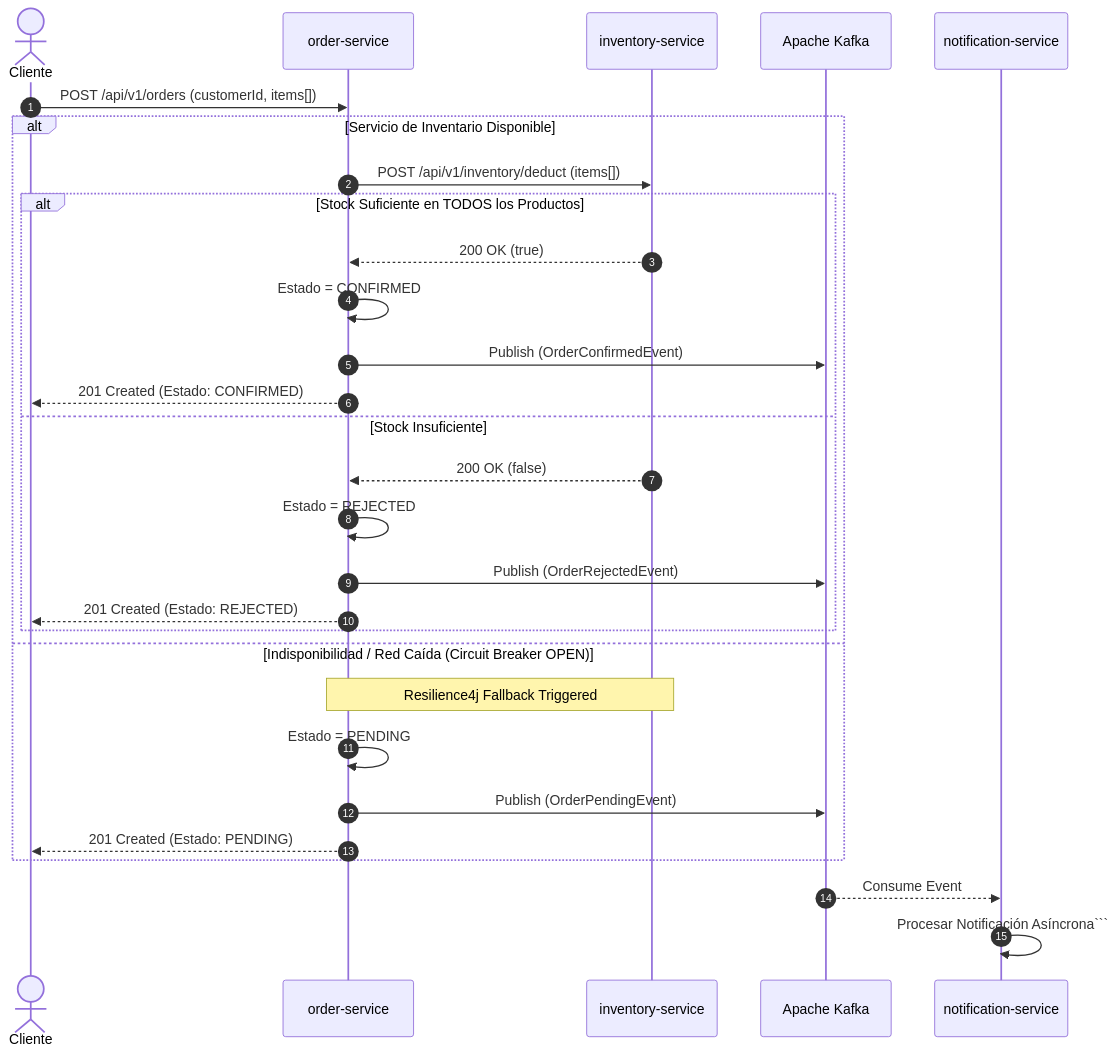
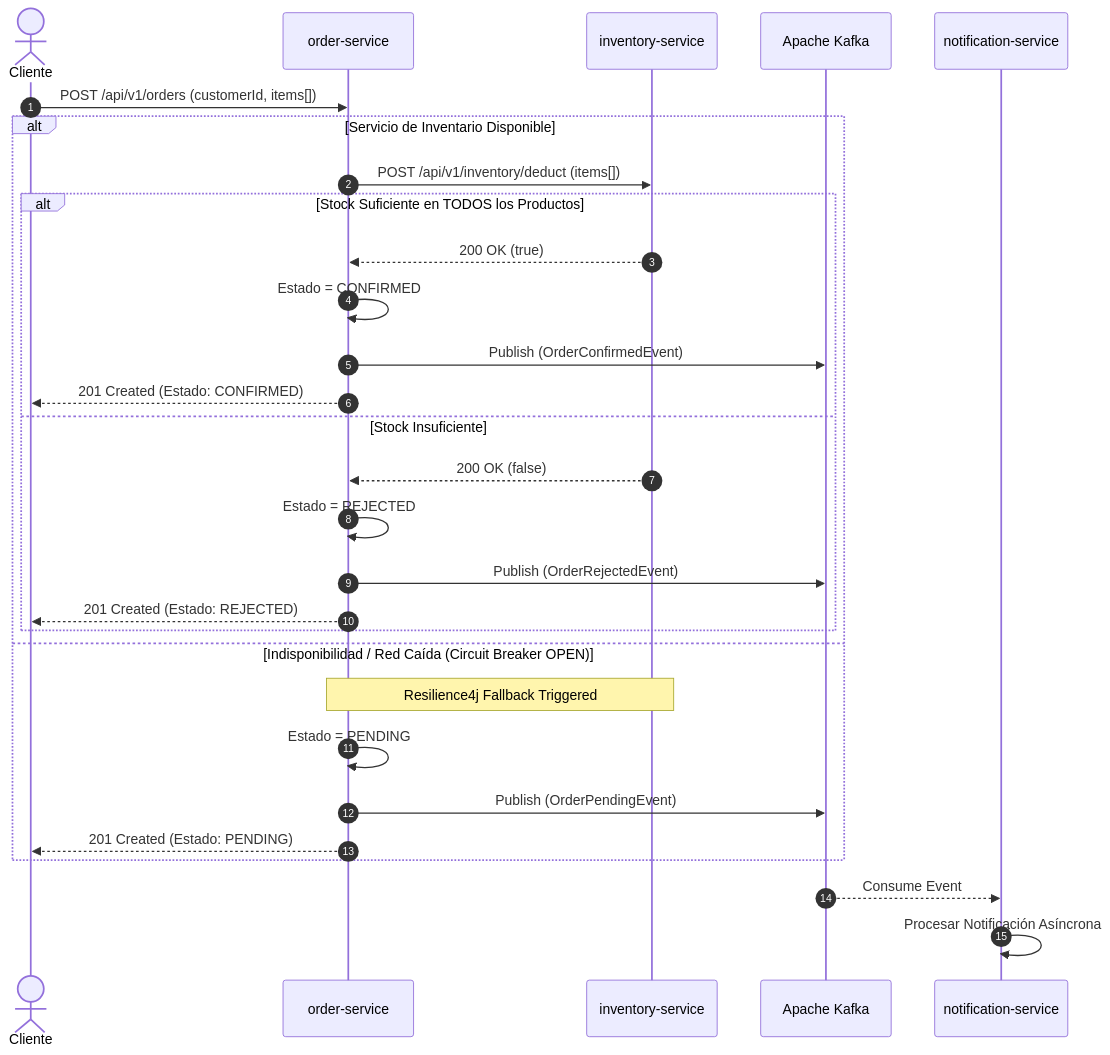
One commit to soniaGarcia/orderinvent-platform changed the second of 4 diagrams in docs/architecture.md. Above: the diagram before and after it, drawn with Mermaid. The commit also changed other lines of this file and 2 other files, not shown here.

````diff
--- a/docs/architecture.md
+++ b/docs/architecture.md
@@ -51,34 +51,34 @@
 ```mermaid
 sequenceDiagram
     autonumber
     actor Cliente
     participant Order as order-service
     participant Inv as inventory-service
     participant Kafka as Apache Kafka
     participant Notif as notification-service
 
     Cliente->>Order: POST /api/v1/orders (customerId, items[])
     
     alt Servicio de Inventario Disponible
         Order->>Inv: POST /api/v1/inventory/deduct (items[])
         alt Stock Suficiente en TODOS los Productos
             Inv-->>Order: 200 OK (true)
             Order->>Order: Estado = CONFIRMED
             Order->>Kafka: Publish (OrderConfirmedEvent)
             Order-->>Cliente: 201 Created (Estado: CONFIRMED)
         else Stock Insuficiente
             Inv-->>Order: 200 OK (false)
             Order->>Order: Estado = REJECTED
             Order->>Kafka: Publish (OrderRejectedEvent)
             Order-->>Cliente: 201 Created (Estado: REJECTED)
         end
     else Indisponibilidad / Red Caída (Circuit Breaker OPEN)
         Note over Order,Inv: Resilience4j Fallback Triggered
         Order->>Order: Estado = PENDING
         Order->>Kafka: Publish (OrderPendingEvent)
         Order-->>Cliente: 201 Created (Estado: PENDING)
     end
 
     Kafka-->>Notif: Consume Event
-    Notif->>Notif: Procesar Notificación Asíncrona```
+    Notif->>Notif: Procesar Notificación Asíncrona
 ```
````
